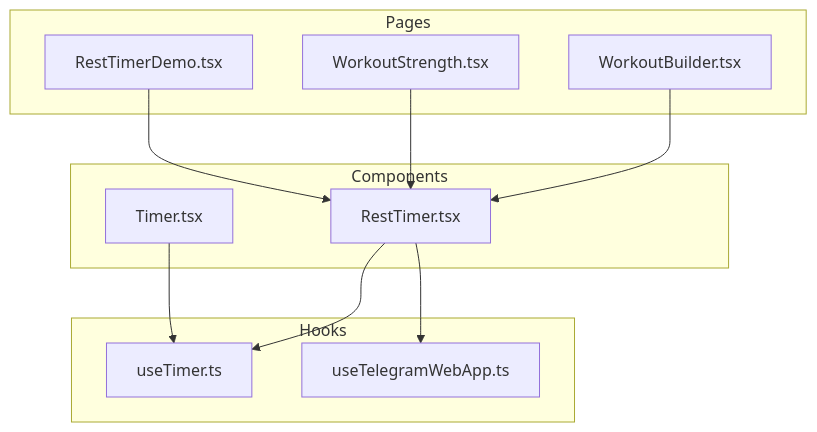
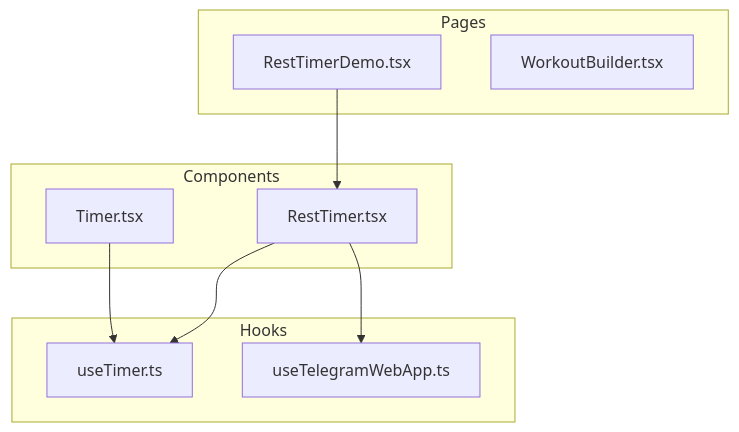
The first of 5 diagrams in .qoder/repowiki/en/content/Feature Implementation/Workout Tracking System/Timer & Rest Management.md (nilsnavi/fit_trackerpro), drawn with Mermaid before and after one commit. The commit also changed other lines of this file and 10 other files, not shown here.

````diff
--- a/.qoder/repowiki/en/content/Feature Implementation/Workout Tracking System/Timer & Rest Management.md
+++ b/.qoder/repowiki/en/content/Feature Implementation/Workout Tracking System/Timer & Rest Management.md
@@ -39,22 +39,19 @@
 ```mermaid
 graph TB
 subgraph "Hooks"
 UT["useTimer.ts"]
 TG["useTelegramWebApp.ts"]
 end
 subgraph "Components"
 UI_T["Timer.tsx"]
 RT["RestTimer.tsx"]
 end
 subgraph "Pages"
 DEMO["RestTimerDemo.tsx"]
-WS["WorkoutStrength.tsx"]
 WB["WorkoutBuilder.tsx"]
 end
 DEMO --> RT
-WS --> RT
-WB --> RT
 RT --> UT
 RT --> TG
 UI_T --> UT
 ```
````
